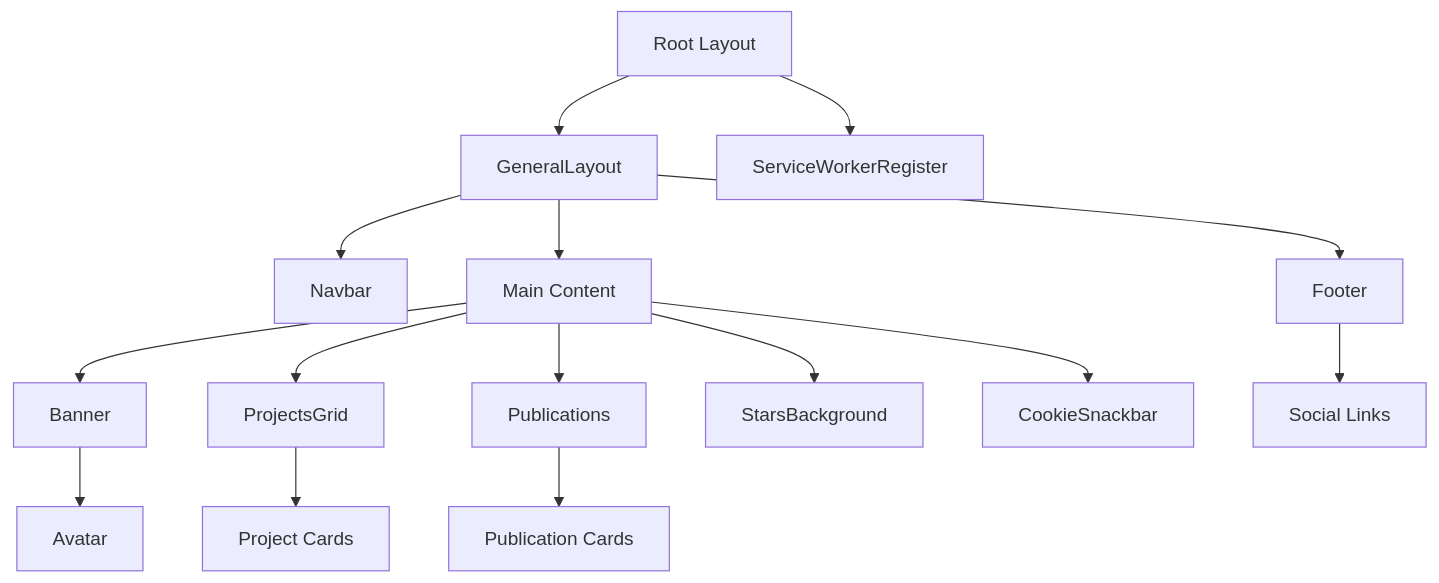
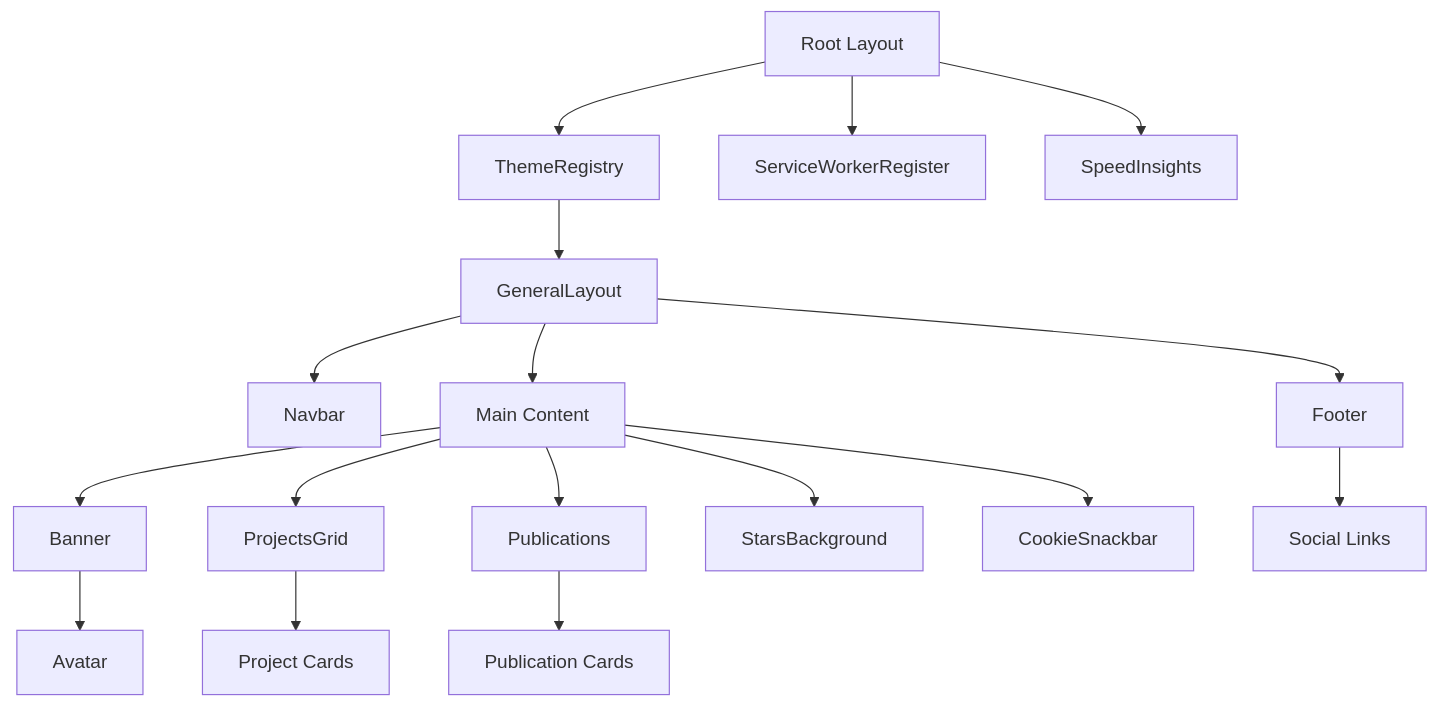
Before and after one commit to AlexJSully/AlexJSully-Portfolio: the first of 3 diagrams in docs/architecture/components/index.md, drawn with Mermaid. The commit also changed other lines of this file and 113 other files, not shown here.

````diff
--- a/docs/architecture/components/index.md
+++ b/docs/architecture/components/index.md
@@ -20,22 +21,24 @@
 ```mermaid
 flowchart TD
     accTitle: Page Component Composition Tree
-    accDescr: Root Layout wraps GeneralLayout and ServiceWorkerRegister. GeneralLayout wraps Navbar, Main Content, and Footer. Main Content contains Banner, ProjectsGrid, Publications, StarsBackground, CookieSnackbar. Banner contains Avatar. ProjectsGrid and Publications generate cards. Footer contains social links
-    RootLayout[Root Layout] --> GeneralLayout
+    accDescr: Root Layout has three children: ThemeRegistry, ServiceWorkerRegister, and SpeedInsights. ThemeRegistry wraps GeneralLayout, which wraps Navbar, Main Content, and Footer. Main Content contains Banner, ProjectsGrid, Publications, StarsBackground, and CookieSnackbar. Banner contains Avatar. ProjectsGrid and Publications generate cards. Footer contains social links
+    RootLayout[Root Layout] --> ThemeRegistry
+    ThemeRegistry --> GeneralLayout
     RootLayout --> ServiceWorkerRegister
+    RootLayout --> SpeedInsights
     GeneralLayout --> Navbar
     GeneralLayout --> Main[Main Content]
     GeneralLayout --> Footer
 
     Main --> Banner
     Main --> ProjectsGrid
     Main --> Publications
     Main --> StarsBackground
     Main --> CookieSnackbar
 
     Banner --> Avatar
 
     ProjectsGrid --> ProjectCards[Project Cards]
     Publications --> PublicationCards[Publication Cards]
     Footer --> SocialLinks[Social Links]
 ```
````
